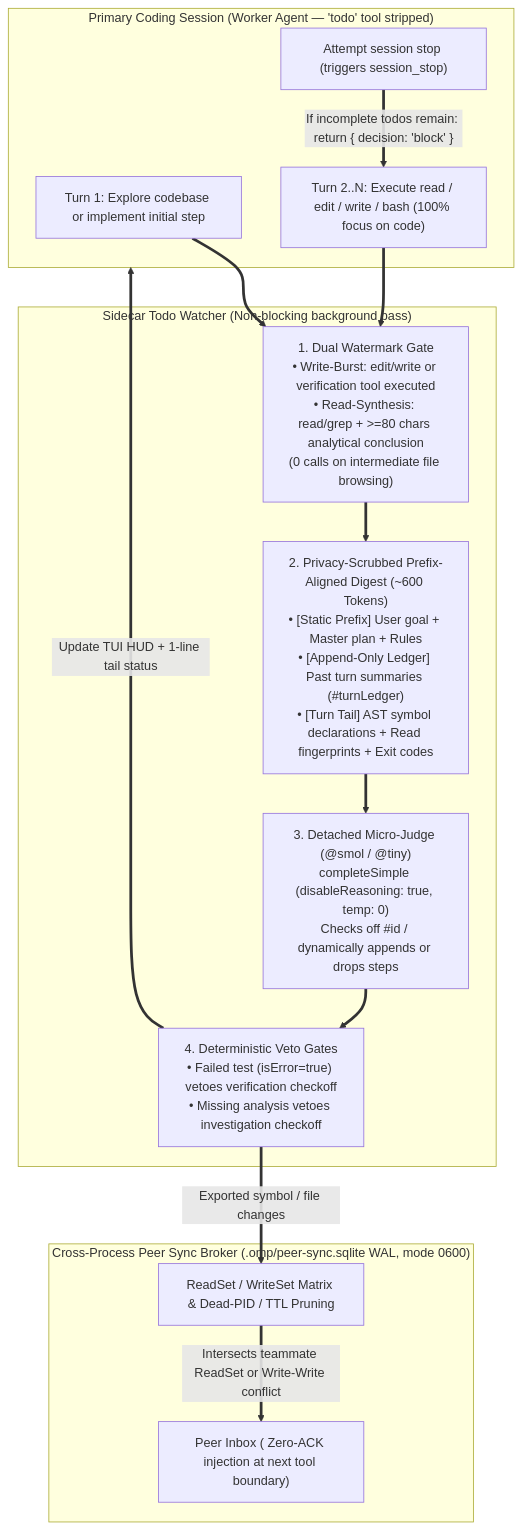
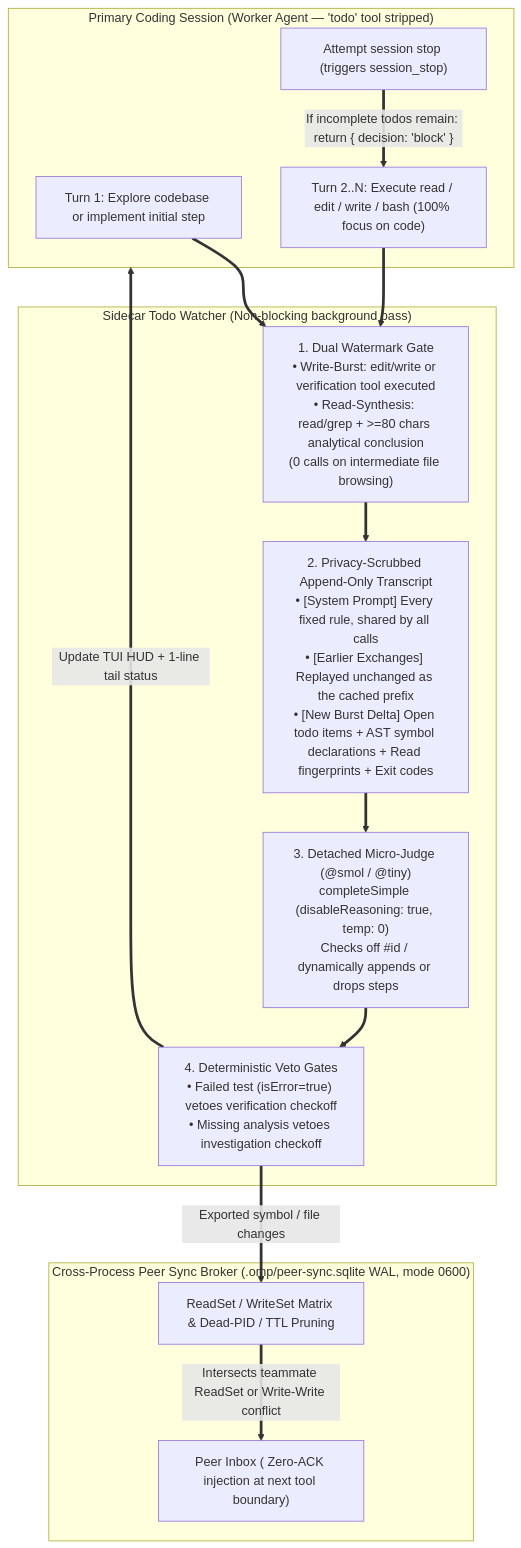
The first of 2 diagrams in README.md (MZWNET/omp-sidecar-todo-watcher), drawn with Mermaid before and after one commit. The commit also changed other lines of this file and 11 other files, not shown here.

````diff
--- a/README.md
+++ b/README.md
@@ -27,25 +27,25 @@
 ```mermaid
 flowchart TB
   subgraph Main["Primary Coding Session (Worker Agent — 'todo' tool stripped)"]
     M1["Turn 1: Explore codebase or implement initial step"]
     M2["Turn 2..N: Execute read / edit / write / bash (100% focus on code)"]
     M3["Attempt session stop (triggers session_stop)"]
   end
 
   subgraph Watcher["Sidecar Todo Watcher (Non-blocking background pass)"]
     Gate["1. Dual Watermark Gate<br/>• Write-Burst: edit/write or verification tool executed<br/>• Read-Synthesis: read/grep + >=80 chars analytical conclusion<br/>(0 calls on intermediate file browsing)"]
-    Digest["2. Privacy-Scrubbed Prefix-Aligned Digest (~600 Tokens)<br/>• [Static Prefix] User goal + Master plan + Rules<br/>• [Append-Only Ledger] Past turn summaries (#turnLedger)<br/>• [Turn Tail] AST symbol declarations + Read fingerprints + Exit codes"]
+    Digest["2. Privacy-Scrubbed Append-Only Transcript<br/>• [System Prompt] Every fixed rule, shared by all calls<br/>• [Earlier Exchanges] Replayed unchanged as the cached prefix<br/>• [New Burst Delta] Open todo items + AST symbol declarations + Read fingerprints + Exit codes"]
     Smol["3. Detached Micro-Judge (@smol / @tiny)<br/>completeSimple (disableReasoning: true, temp: 0)<br/>Checks off #id / dynamically appends or drops steps"]
     Veto["4. Deterministic Veto Gates<br/>• Failed test (isError=true) vetoes verification checkoff<br/>• Missing analysis vetoes investigation checkoff"]
   end
 
   subgraph Broker["Cross-Process Peer Sync Broker (.omp/peer-sync.sqlite WAL, mode 0600)"]
     RW["ReadSet / WriteSet Matrix & Dead-PID / TTL Pruning"]
     Inbox["Peer Inbox (<peer-sync> Zero-ACK injection at next tool boundary)"]
   end
 
   M1 & M2 ==> Gate ==> Digest ==> Smol ==> Veto
   Veto ==>|"Update TUI HUD + 1-line tail status"| Main
   Veto ==>|"Exported symbol / file changes"| RW ==>|"Intersects teammate ReadSet or Write-Write conflict"| Inbox
   M3 ==>|"If incomplete todos remain: return { decision: 'block' }"| M2
 ```
````
